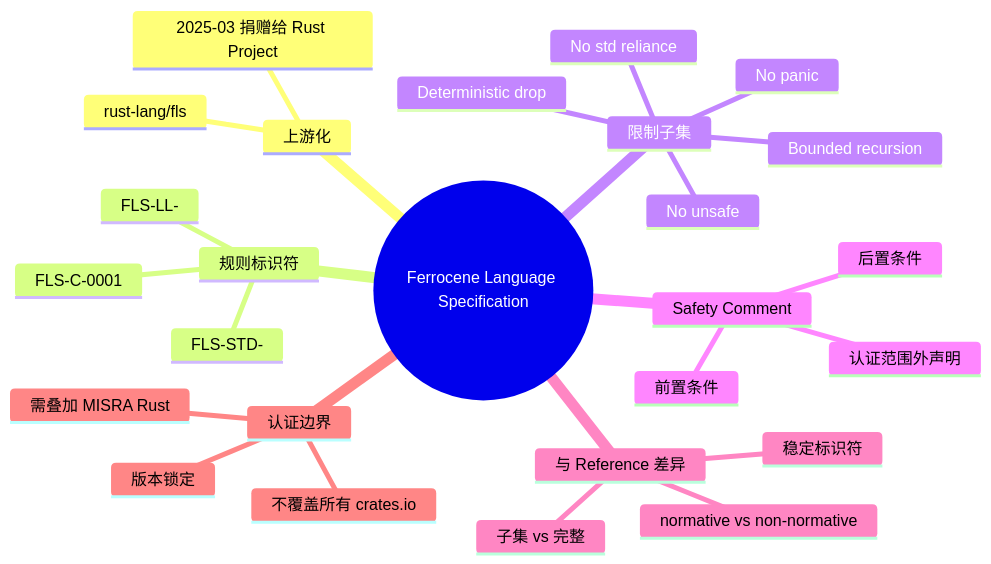
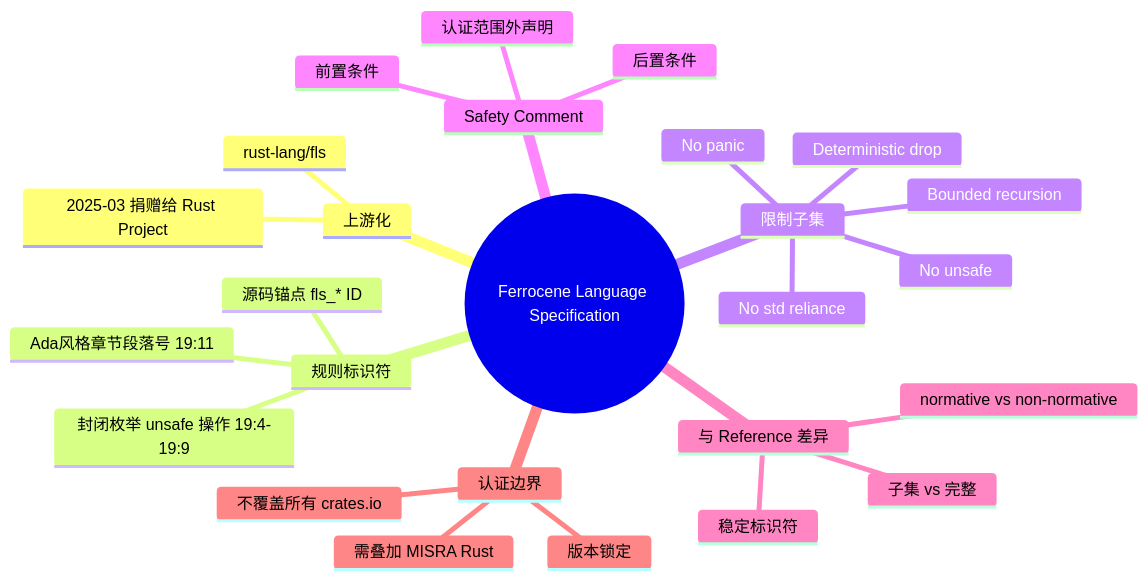
One commit to martin-ly/rust-lang changed the diagram in concept/04_formal/15_language_specification/02_ferrocene_language_specification.md. Above: the diagram before and after it, drawn with Mermaid. The commit also changed other lines of this file and 47 other files, not shown here.

````diff
--- a/concept/04_formal/15_language_specification/02_ferrocene_language_specification.md
+++ b/concept/04_formal/15_language_specification/02_ferrocene_language_specification.md
@@ -151,29 +233,29 @@
 ```mermaid
 mindmap
   root((Ferrocene Language Specification))
     上游化
       2025-03 捐赠给 Rust Project
       rust-lang/fls
     规则标识符
-      FLS-C-0001
-      FLS-STD-
-      FLS-LL-
+      Ada风格章节段落号 19:11
+      源码锚点 fls_* ID
+      封闭枚举 unsafe 操作 19:4-19:9
     限制子集
       No unsafe
       No panic
       Bounded recursion
       Deterministic drop
       No std reliance
     Safety Comment
       前置条件
       后置条件
       认证范围外声明
     与 Reference 差异
       normative vs non-normative
       子集 vs 完整
       稳定标识符
     认证边界
       不覆盖所有 crates.io
       需叠加 MISRA Rust
       版本锁定
 ```
````
